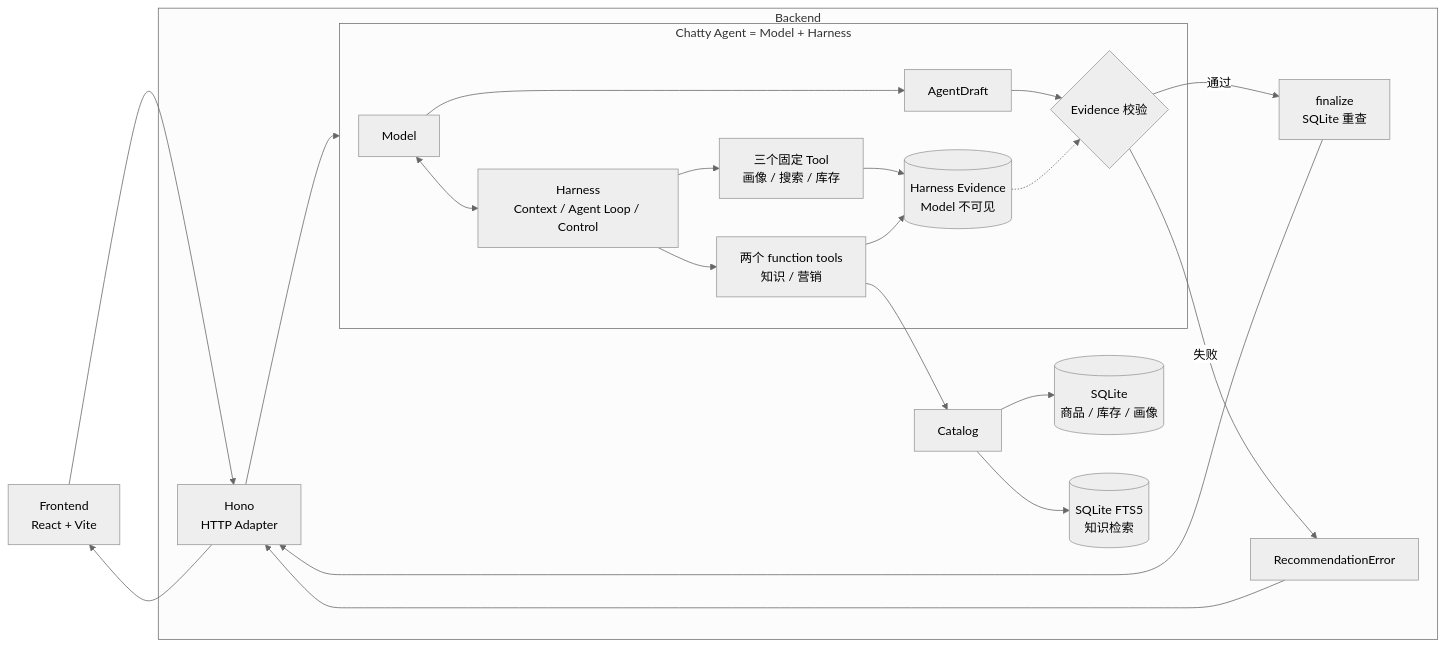
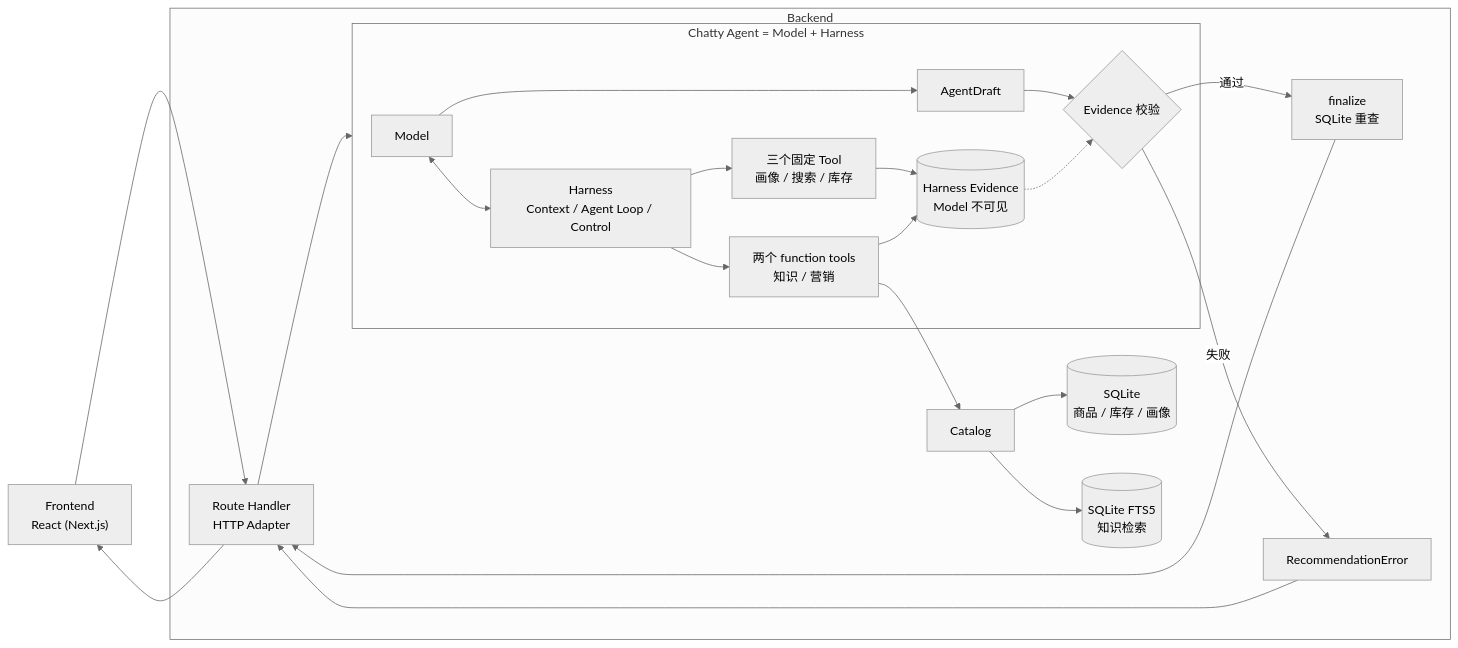
The diagram in docs/chatty-book/chapter1.md (ImWenyaoT/chatty), drawn with Mermaid (neutral theme) before and after one commit. The commit also changed other lines of this file and 79 other files, not shown here.

````diff
--- a/docs/chatty-book/chapter1.md
+++ b/docs/chatty-book/chapter1.md
@@ -17,25 +17,25 @@
 ```mermaid
 flowchart LR
-    UI["Frontend<br/>React + Vite"] --> API
+    UI["Frontend<br/>React (Next.js)"] --> API
     subgraph Backend["Backend"]
-        API["Hono<br/>HTTP Adapter"] --> A
+        API["Route Handler<br/>HTTP Adapter"] --> A
         subgraph A["Chatty Agent = Model + Harness"]
             M["Model"] <--> H["Harness<br/>Context / Agent Loop / Control"]
             H --> F["三个固定 Tool<br/>画像 / 搜索 / 库存"]
             H --> T["两个 function tools<br/>知识 / 营销"]
             F --> E
             T --> E[("Harness Evidence<br/>Model 不可见")]
             M --> D["AgentDraft"]
             D --> V{"Evidence 校验"}
             E -.-> V
         end
         T --> CAT["Catalog"]
         CAT --> DB[("SQLite<br/>商品 / 库存 / 画像")]
         CAT --> FTS[("SQLite FTS5<br/>知识检索")]
         V -->|"通过"| FIN["finalize<br/>SQLite 重查"]
         V -->|"失败"| ERR["RecommendationError"]
         FIN --> API
         ERR --> API
     end
     API --> UI
 ```
````
